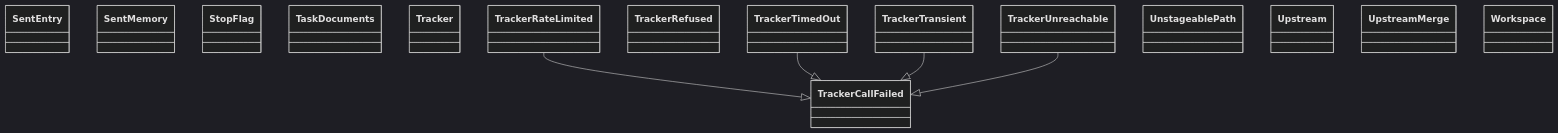
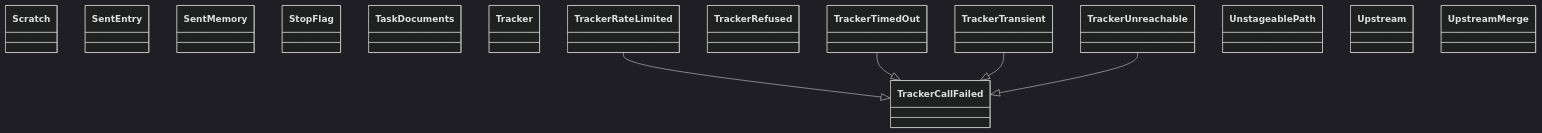
Before and after one commit to GonzaloZevallos/agentic-system: the diagram in docs/architecture/generated/classes-process-application-support-5.md, drawn with Mermaid (dark theme). The commit also changed other lines of this file and 7 other files, not shown here.

````diff
--- a/docs/architecture/generated/classes-process-application-support-5.md
+++ b/docs/architecture/generated/classes-process-application-support-5.md
@@ -17,22 +17,22 @@
 ```mermaid
 classDiagram
+    class ports__Scratch["Scratch"]
     class ports__SentEntry["SentEntry"]
     class ports__SentMemory["SentMemory"]
     class ports__StopFlag["StopFlag"]
     class ports__TaskDocuments["TaskDocuments"]
     class ports__Tracker["Tracker"]
     class ports__TrackerCallFailed["TrackerCallFailed"]
     class ports__TrackerRateLimited["TrackerRateLimited"]
     class ports__TrackerRefused["TrackerRefused"]
     class ports__TrackerTimedOut["TrackerTimedOut"]
     class ports__TrackerTransient["TrackerTransient"]
     class ports__TrackerUnreachable["TrackerUnreachable"]
     class ports__UnstageablePath["UnstageablePath"]
     class ports__Upstream["Upstream"]
     class ports__UpstreamMerge["UpstreamMerge"]
-    class ports__Workspace["Workspace"]
     ports__TrackerRateLimited --|> ports__TrackerCallFailed
     ports__TrackerTimedOut --|> ports__TrackerCallFailed
     ports__TrackerTransient --|> ports__TrackerCallFailed
     ports__TrackerUnreachable --|> ports__TrackerCallFailed
 ```
````
